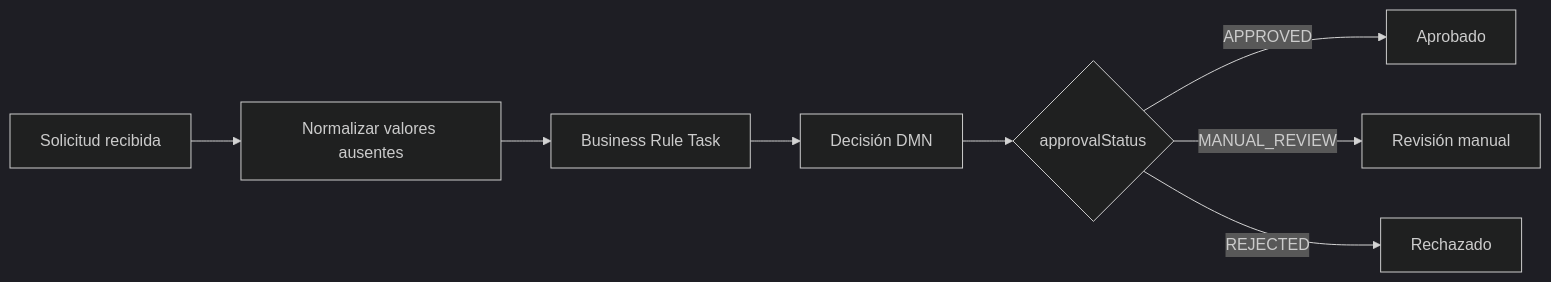
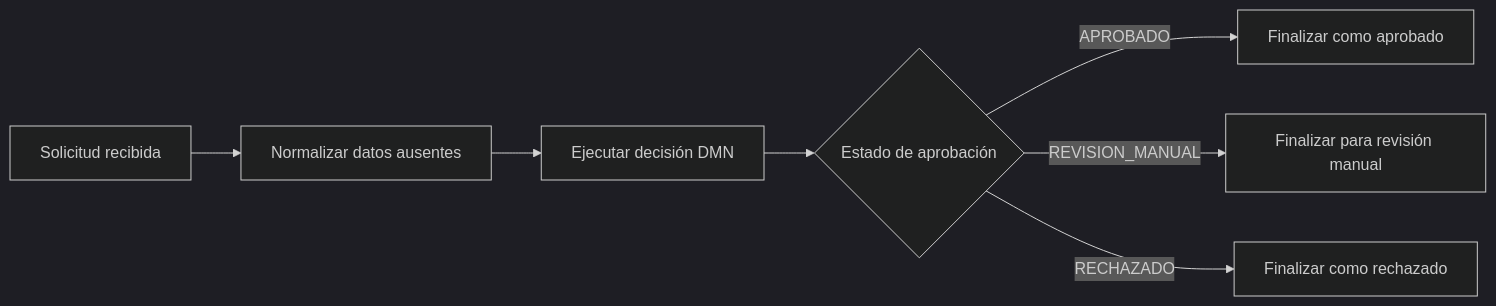
The diagram in README.md (donmanueldev/kogito-credit-approval), drawn with Mermaid (dark theme) before and after one commit. The commit also changed other lines of this file and 10 other files, not shown here.

````diff
--- a/README.md
+++ b/README.md
@@ -70,10 +251,9 @@
 ```mermaid
 flowchart LR
-    A[Solicitud recibida] --> B[Normalizar valores ausentes]
-    B --> C[Business Rule Task]
-    C --> D[Decisión DMN]
-    D --> E{approvalStatus}
-    E -->|APPROVED| F[Aprobado]
-    E -->|MANUAL_REVIEW| G[Revisión manual]
-    E -->|REJECTED| H[Rechazado]
+    A[Solicitud recibida] --> B[Normalizar datos ausentes]
+    B --> C[Ejecutar decisión DMN]
+    C --> D{Estado de aprobación}
+    D -->|APROBADO| E[Finalizar como aprobado]
+    D -->|REVISION_MANUAL| F[Finalizar para revisión manual]
+    D -->|RECHAZADO| G[Finalizar como rechazado]
 ```
````
